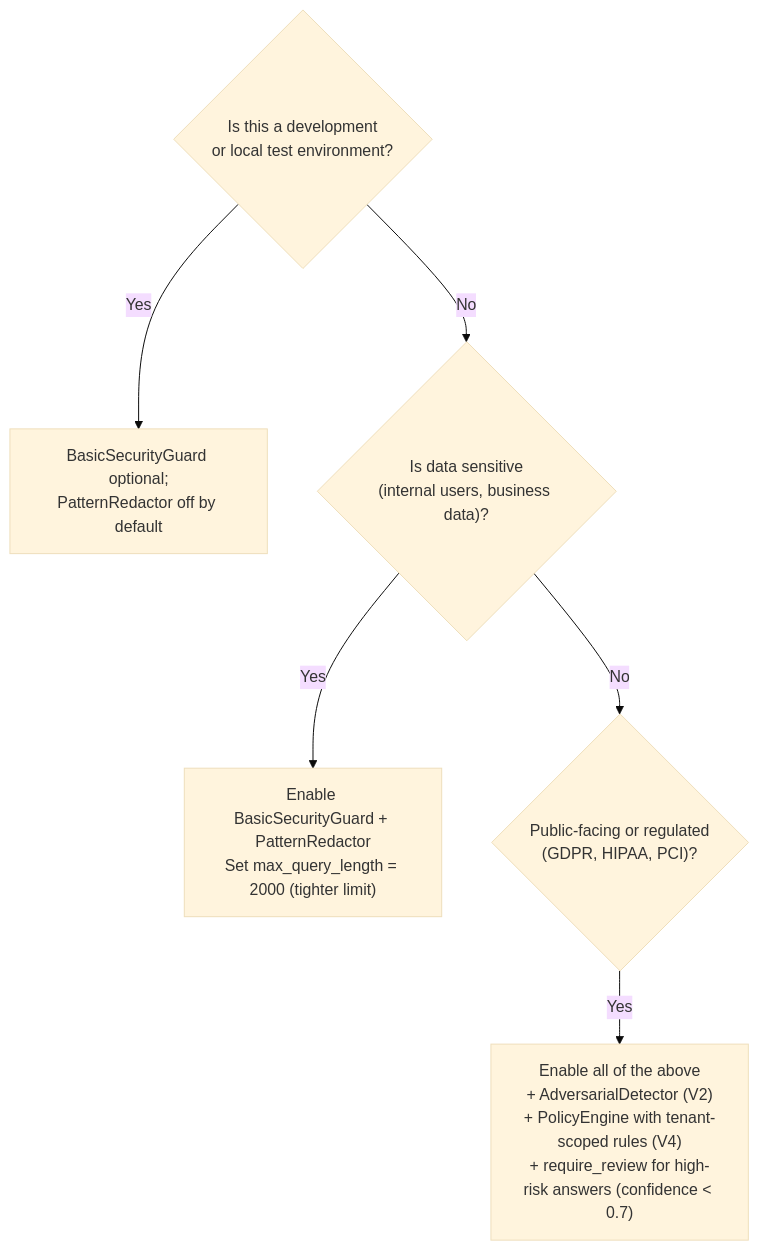
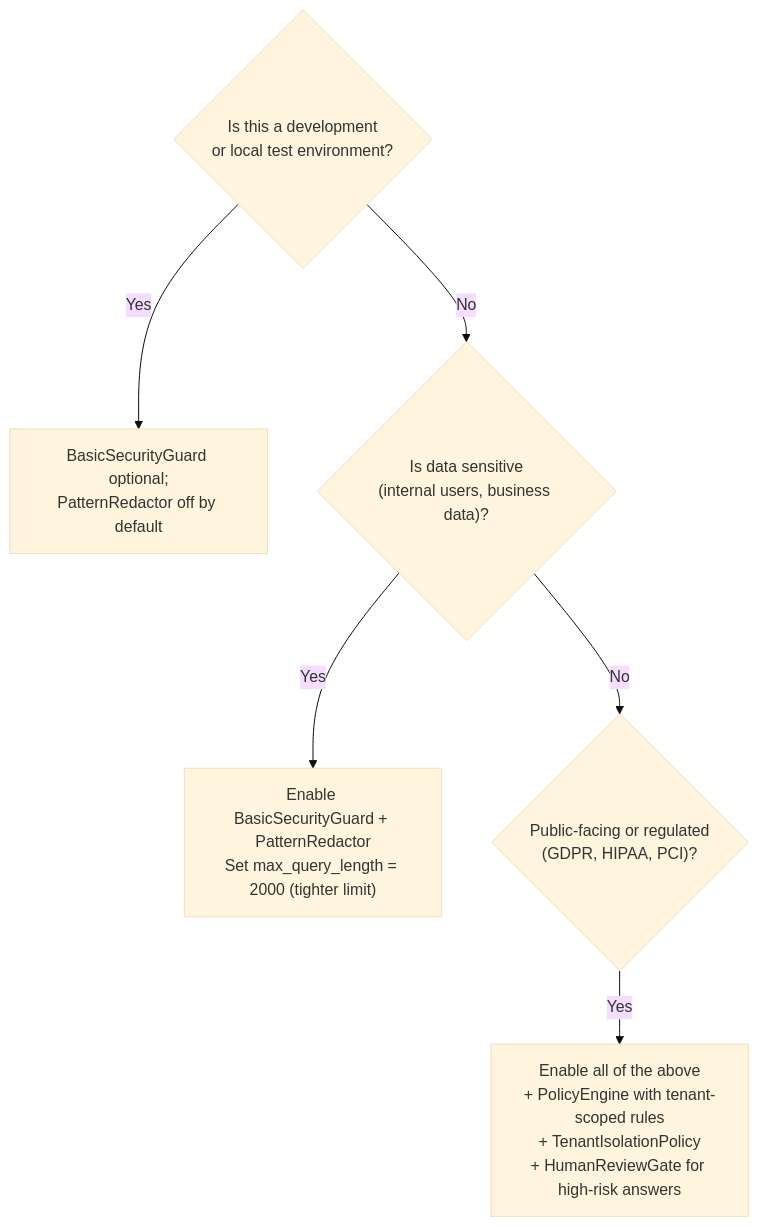
The third of 3 diagrams in docs/architecture/security.md (HerbertGourout/modular-rag-framework), drawn with Mermaid before and after one commit. The commit also changed other lines of this file and 42 other files, not shown here.

````diff
--- a/docs/architecture/security.md
+++ b/docs/architecture/security.md
@@ -103,10 +206,10 @@
 ```mermaid
 %%{init: {"theme": "base"}}%%
 flowchart TD
     Q1{"Is this a development\nor local test environment?"}
     Q1 -->|Yes| A1["BasicSecurityGuard optional;\nPatternRedactor off by default"]
     Q1 -->|No| Q2{"Is data sensitive\n(internal users, business data)?"}
     Q2 -->|Yes| A2["Enable BasicSecurityGuard + PatternRedactor\nSet max_query_length = 2000 (tighter limit)"]
     Q2 -->|No| Q3{"Public-facing or regulated\n(GDPR, HIPAA, PCI)?"}
-    Q3 -->|Yes| A3["Enable all of the above\n+ AdversarialDetector (V2)\n+ PolicyEngine with tenant-scoped rules (V4)\n+ require_review for high-risk answers (confidence < 0.7)"]
+    Q3 -->|Yes| A3["Enable all of the above\n+ PolicyEngine with tenant-scoped rules\n+ TenantIsolationPolicy\n+ HumanReviewGate for high-risk answers"]
 ```
````
